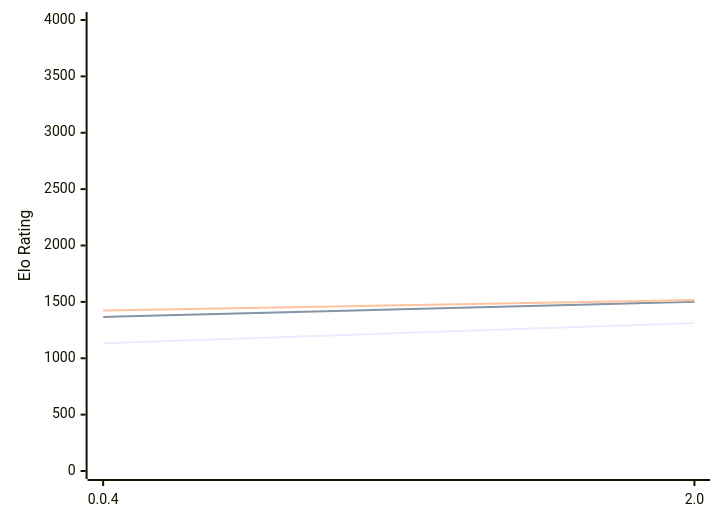
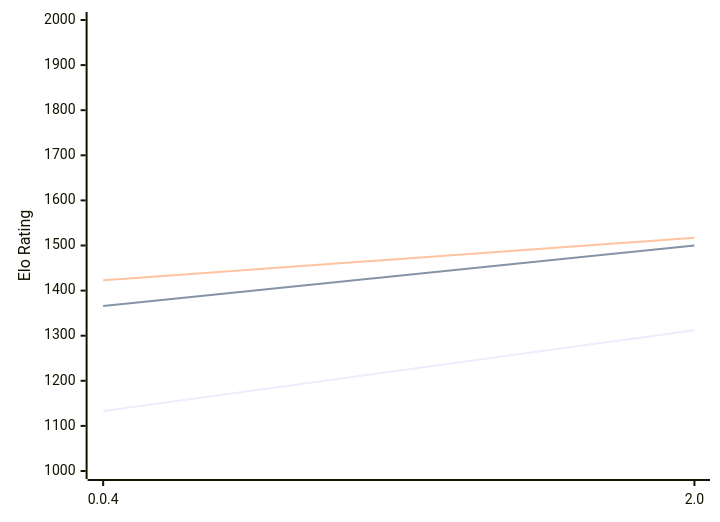
One commit to computer-chess-index/cci changed the diagram in engines/Oops!Mate.md. Above: the diagram before and after it, drawn with Mermaid. The commit also changed other lines of this file, not shown here.

Commit message:
Update CCI Ratings (ELO VLTC) - 2026-02-10

````diff
--- a/engines/Oops!Mate.md
+++ b/engines/Oops!Mate.md
@@ -48,9 +48,9 @@
 ```mermaid
 %%{init: {"theme":"base","themeVariables":{"seriesColors:['#a3a3a3','#222221','#faa371']}}}%%
 xychart-beta
   x-axis ["0.0.4", "2.0"]
-  y-axis "Elo Rating" 0 --> 4000
+  y-axis "Elo Rating" 1000 --> 2000
   line "STC (8.0+0.08s)" [1133, 1312]
   line "LTC (60.0+0.60s)" [1366, 1500]
   line "VLTC (2m24s+1.12s)" [1423, 1517]
 ```
````
